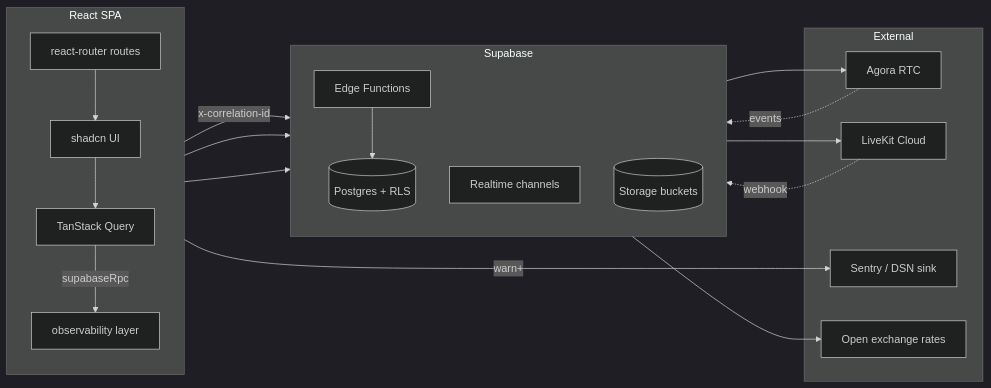
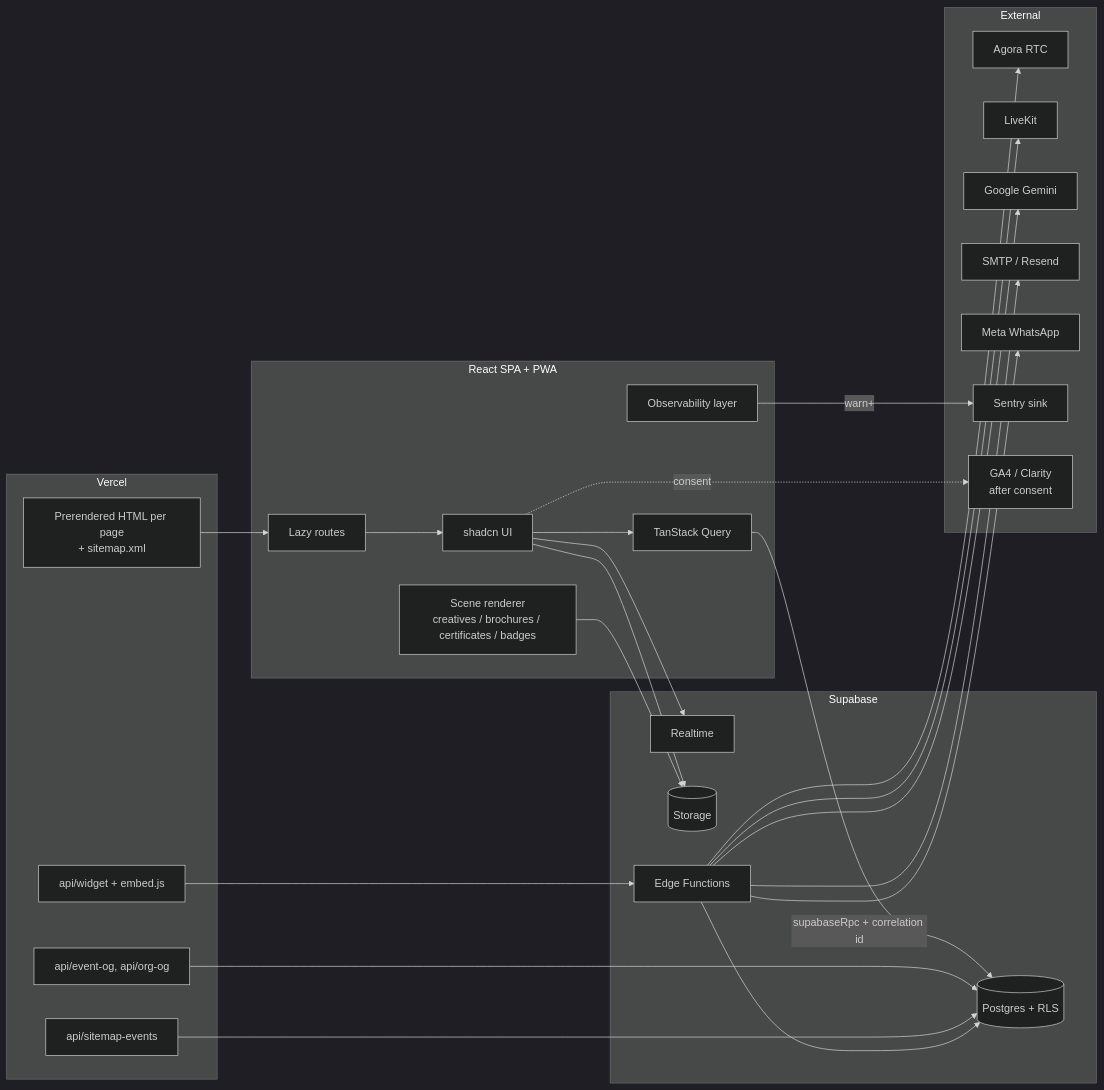
Before and after one commit to illuxus-bm/illuxus: the diagram in README.md, drawn with Mermaid (dark theme). The commit also changed other lines of this file and 17 other files, not shown here.

````diff
--- a/README.md
+++ b/README.md
@@ -95,39 +88,52 @@
 ```mermaid
 flowchart LR
-  subgraph Client[React SPA]
-    direction TB
-    Routes[react-router routes]
+  subgraph Browser[React SPA + PWA]
+    Routes[Lazy routes]
     UI[shadcn UI]
     Query[TanStack Query]
-    Obs[observability layer]
+    Obs[Observability layer]
+    Canvas[Scene renderer<br/>creatives / brochures / certificates / badges]
+  end
+
+  subgraph Vercel
+    Static[Prerendered HTML per page<br/>+ sitemap.xml]
+    ApiOg[api/event-og, api/org-og]
+    ApiMap[api/sitemap-events]
+    ApiWidget[api/widget + embed.js]
   end
 
   subgraph Supabase
-    direction TB
     DB[(Postgres + RLS)]
-    RT[Realtime channels]
-    Storage[(Storage buckets)]
+    RT[Realtime]
+    Storage[(Storage)]
     Edge[Edge Functions]
   end
 
   subgraph External
-    AG[Agora RTC]
-    LK[LiveKit Cloud]
-    Sentry[Sentry / DSN sink]
-    FX[Open exchange rates]
+    Agora[Agora RTC]
+    LK[LiveKit]
+    Gemini[Google Gemini]
+    SMTP[SMTP / Resend]
+    WA[Meta WhatsApp]
+    Sentry[Sentry sink]
+    GA[GA4 / Clarity<br/>after consent]
   end
 
-  Routes --> UI
-  UI --> Query
-  Query -->|supabaseRpc| Obs
-  Obs -->|x-correlation-id| DB
+  Static --> Routes
+  Routes --> UI --> Query
+  Query -->|supabaseRpc + correlation id| DB
   Obs -->|warn+| Sentry
   UI --> RT
   UI --> Storage
+  Canvas --> Storage
+  ApiOg --> DB
+  ApiMap --> DB
+  ApiWidget --> Edge
   Edge --> DB
-  Edge --> AG
+  Edge --> Agora
   Edge --> LK
-  Edge --> FX
-  AG -.events.-> Edge
-  LK -.webhook.-> Edge
+  Edge --> Gemini
+  Edge --> SMTP
+  Edge --> WA
+  UI -.consent.-> GA
 ```
````
